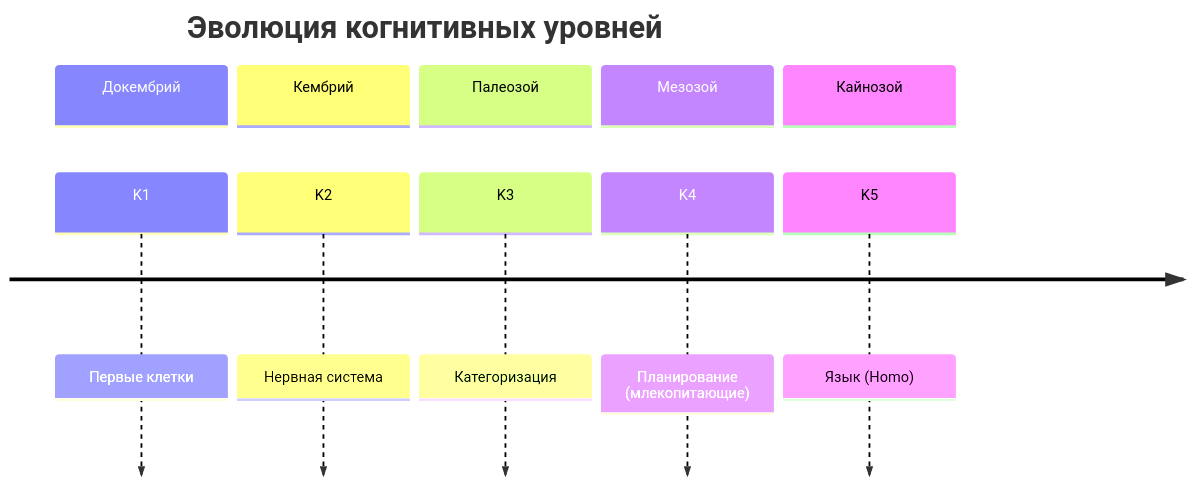
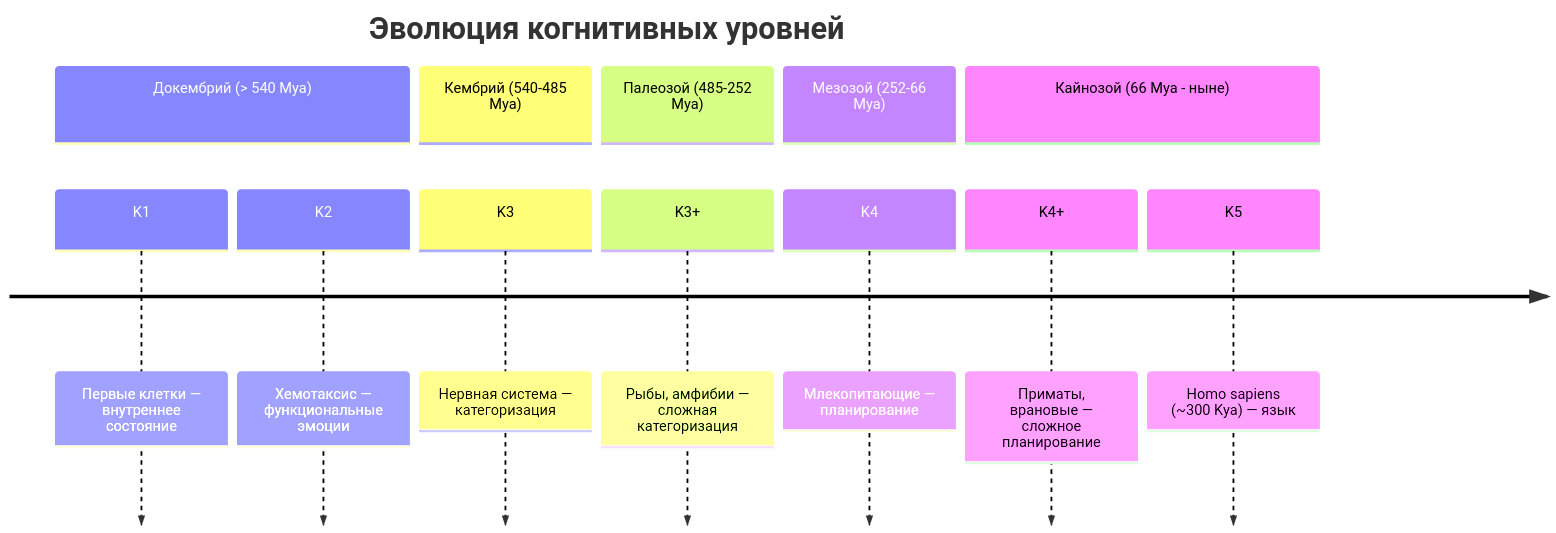
One commit to uhm-theory/holon changed the second of 2 diagrams in website/docs/consciousness/comparative/cognitive-hierarchy.md. Above: the diagram before and after it, drawn with Mermaid. The commit also changed other lines of this file and 117 other files, not shown here.

````diff
--- a/website/docs/consciousness/comparative/cognitive-hierarchy.md
+++ b/website/docs/consciousness/comparative/cognitive-hierarchy.md
@@ -197,14 +290,16 @@
 ```mermaid
 timeline
     title Эволюция когнитивных уровней
-    section Докембрий
-        K1 : Первые клетки
-    section Кембрий
-        K2 : Нервная система
-    section Палеозой
-        K3 : Категоризация
-    section Мезозой
-        K4 : Планирование (млекопитающие)
-    section Кайнозой
-        K5 : Язык (Homo)
+    section Докембрий (> 540 Mya)
+        K1 : Первые клетки — внутреннее состояние
+        K2 : Хемотаксис — функциональные эмоции
+    section Кембрий (540-485 Mya)
+        K3 : Нервная система — категоризация
+    section Палеозой (485-252 Mya)
+        K3+ : Рыбы, амфибии — сложная категоризация
+    section Мезозой (252-66 Mya)
+        K4 : Млекопитающие — планирование
+    section Кайнозой (66 Mya - ныне)
+        K4+ : Приматы, врановые — сложное планирование
+        K5 : Homo sapiens (~300 Kya) — язык
 ```
````
